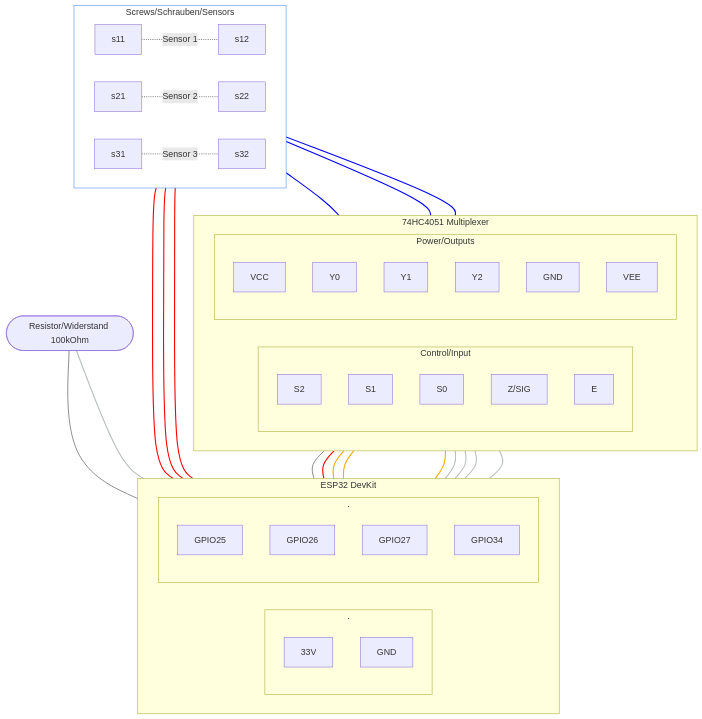
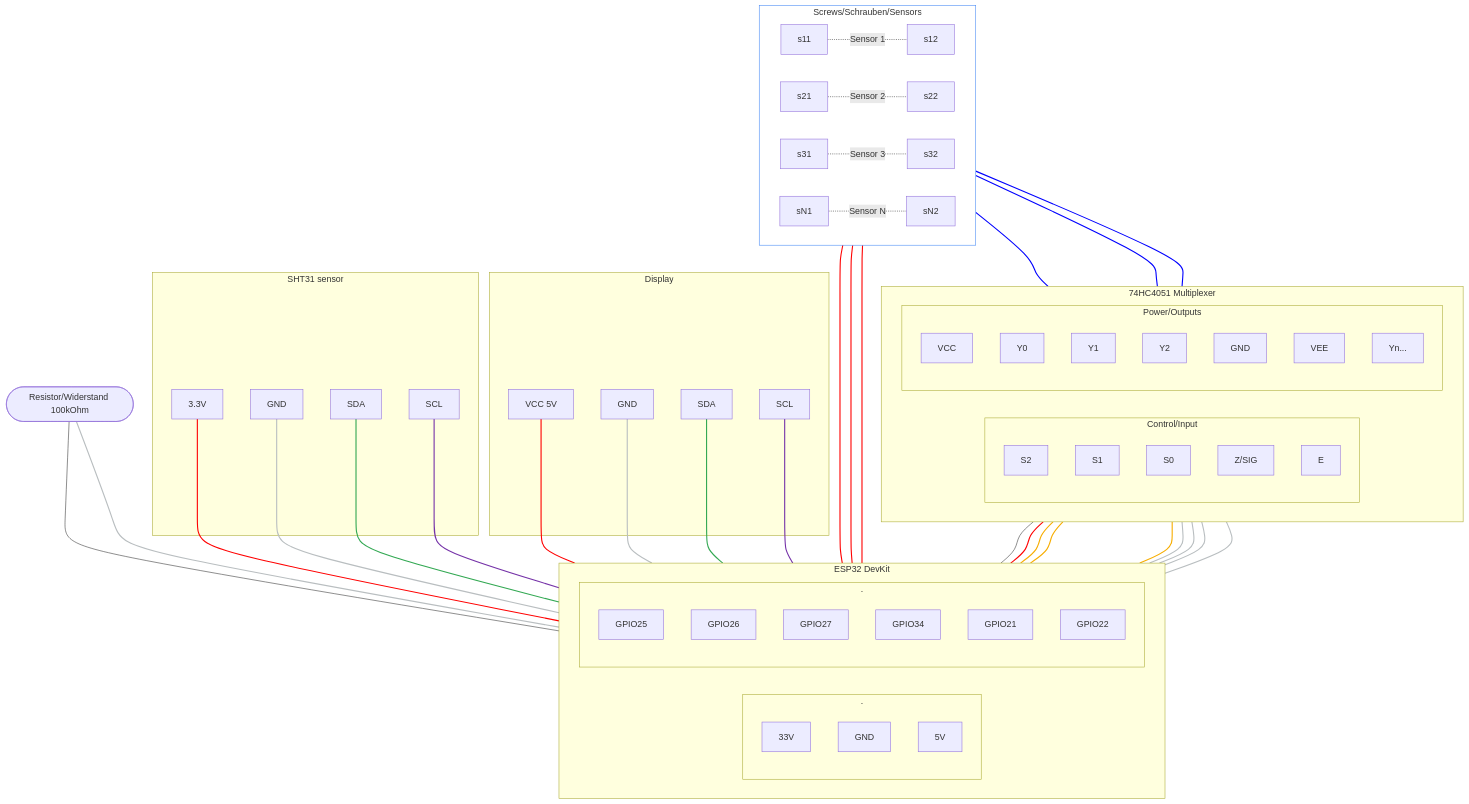
Before and after one commit to Simoliv/esp32-hygrometer: the diagram in README.md, drawn with Mermaid. The commit also changed other lines of this file, not shown here.

Commit message:
extensions

```diff
--- a/README.md
+++ b/README.md
@@ -76,22 +91,51 @@
   GND --- MPIN6
 
   RI([Resistor/Widerstand 100kOhm])
+  
+  %% link 17
+  SHT-33V --- 33V 
+  SHT-GND --- GND 
+  SHT-SDA --- GPIO21
+  SHT-SCL --- GPIO22 
+
+  %% link 21
+  DI-5V --- 5V
+  DI-GND --- GND
+  DI-SDA --- GPIO21
+  DI-SCL --- GPIO22
 
   subgraph esp32 [ESP32 DevKit]
     direction LR
     subgraph l[.]
       direction TB
+      5V
       33V
       GND
     end
     subgraph r[.]
       direction TB
+      GPIO21
+      GPIO22
       GPIO25
       GPIO26
       GPIO27
       GPIO34  
     end
   end
+
+  subgraph SHT31[SHT31 sensor]
+    SHT-33V[3.3V]
+    SHT-GND[GND]
+    SHT-SDA[SDA]
+    SHT-SCL[SCL]
+  end
+
+  subgraph display[Display]
+    DI-5V[VCC 5V]
+    DI-GND[GND]
+    DI-SDA[SDA]
+    DI-SCL[SCL]
+  end 
 
   subgraph mux [74HC4051 Multiplexer]
     direction LR
@@ -112,6 +156,7 @@
       MY0[Y0]
       MY1[Y1]
       MY2[Y2]
+      MYN[Yn...]
     end
   end
 
@@ -120,12 +165,15 @@
     s11 -. Sensor 1 .- s12
     s21 -. Sensor 2 .- s22
     s31 -. Sensor 3 .- s32
+    sN1 -. Sensor N .- sN2
   end
 
-  linkStyle 0,7,9,11 stroke:#FF0000,stroke-width:2px;
+  linkStyle 0,7,9,11,17,21 stroke:#FF0000,stroke-width:2px;
   linkStyle 8,10,12 stroke:#00F,stroke-width:2px;
-  linkStyle 6,13,14,15,16 stroke:#b9bec0,stroke-width:2px;
+  linkStyle 6,13,14,15,16,18,22 stroke:#b9bec0,stroke-width:2px;
   linkStyle 1,2,3 stroke:#f7ad00,stroke-width:2px;
+  linkStyle 19,23 stroke:#32a852,stroke-width:2px;
+  linkStyle 20,24 stroke:#7532a8,stroke-width:2px;
 
   style sensors fill:#fff,stroke:#4287f5
 
```
